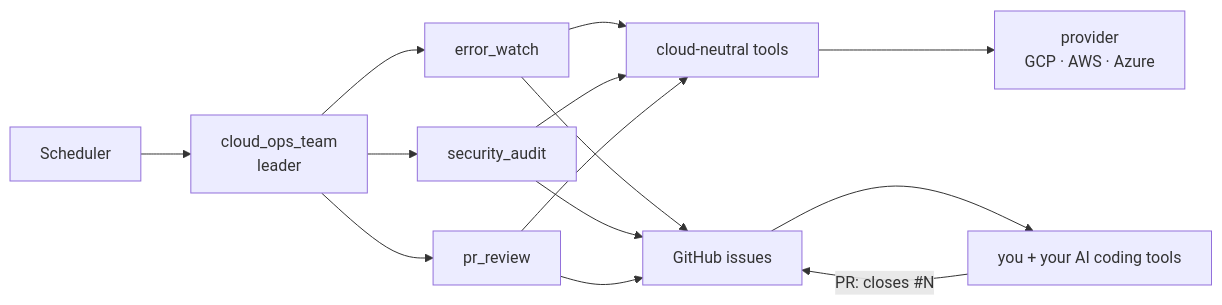
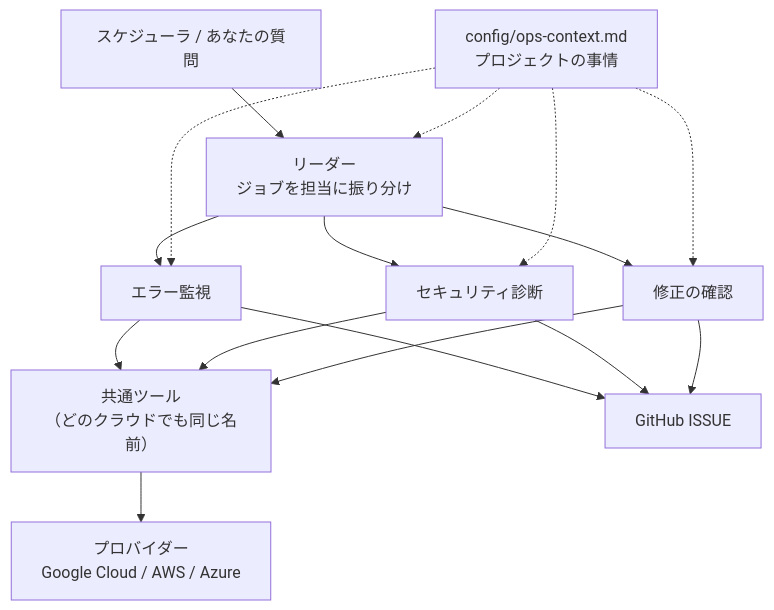
One commit to atsuki-sakai/cloud-ops-team changed the second of 2 diagrams in README.md. Above: the diagram before and after it, drawn with Mermaid. The commit also changed other lines of this file and 26 other files, not shown here.

````diff
--- a/README.md
+++ b/README.md
@@ -24,10 +178,9 @@
 ```mermaid
-flowchart LR
-    SCH["Scheduler"] --> ROOT["cloud_ops_team<br/>leader"]
-    ROOT --> EW["error_watch"] & SA["security_audit"] & PR["pr_review"]
-    EW & SA & PR --> TOOLS["cloud-neutral tools"]
-    TOOLS --> PROV["provider<br/>GCP · AWS · Azure"]
-    EW & SA & PR --> GH["GitHub issues"]
-    GH --> HUMAN["you + your AI coding tools"]
-    HUMAN -- "PR: closes #N" --> GH
+flowchart TB
+    SCH["スケジューラ / あなたの質問"] --> L["リーダー<br/>ジョブを担当に振り分け"]
+    L --> S1["エラー監視"] & S2["セキュリティ診断"] & S3["修正の確認"]
+    S1 & S2 & S3 --> T["共通ツール<br/>（どのクラウドでも同じ名前）"]
+    T --> P["プロバイダー<br/>Google Cloud / AWS / Azure"]
+    S1 & S2 & S3 --> G["GitHub ISSUE"]
+    CTX["config/ops-context.md<br/>プロジェクトの事情"] -.-> L & S1 & S2 & S3
 ```
````
